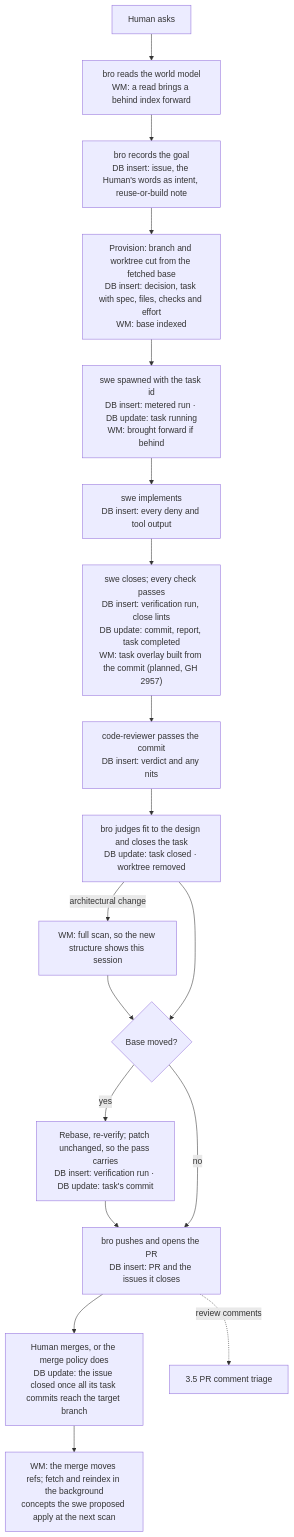
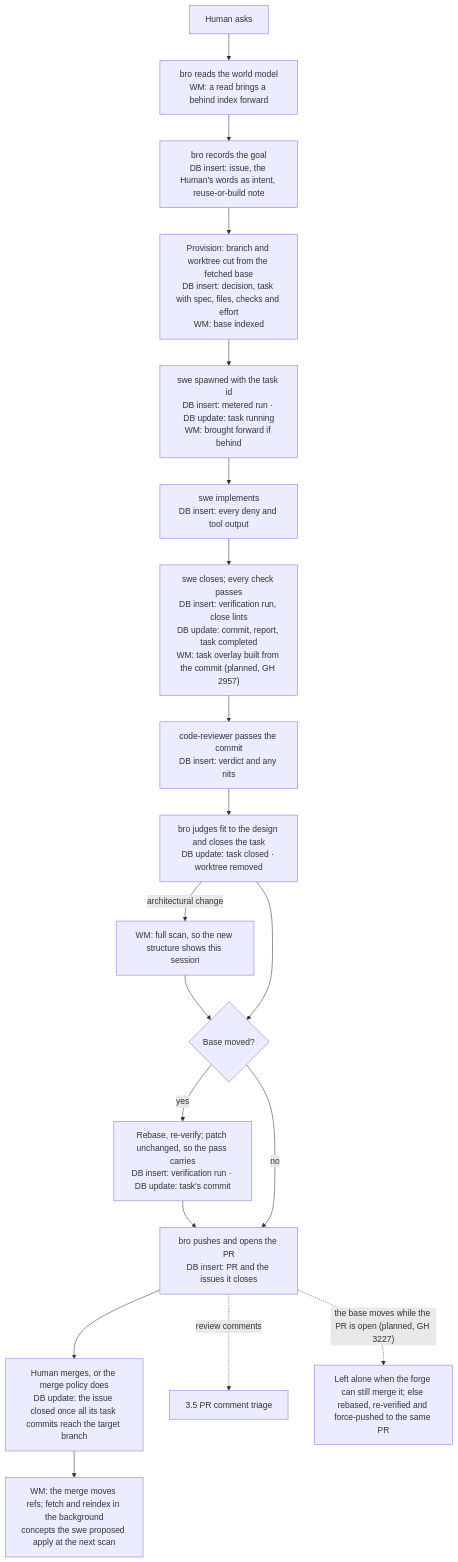
Before and after one commit to trustmybot/plugin: the first of 5 diagrams in docs/architecture/TASKS.md, drawn with Mermaid. The commit also changed other lines of this file and 2 other files, not shown here.

Commit message:
📝 docs(git): plan a base that moves after the PR opens (GH 3227)

````diff
--- a/docs/architecture/TASKS.md
+++ b/docs/architecture/TASKS.md
@@ -15,20 +15,21 @@
 ```mermaid
 flowchart TD
     A[Human asks] --> B["bro reads the world model<br/>WM: a read brings a behind index forward"]
     B --> C["bro records the goal<br/>DB insert: issue, the Human's words as intent, reuse-or-build note"]
     C --> D["Provision: branch and worktree cut from the fetched base<br/>DB insert: decision, task with spec, files, checks and effort<br/>WM: base indexed"]
     D --> E["swe spawned with the task id<br/>DB insert: metered run · DB update: task running<br/>WM: brought forward if behind"]
     E --> F["swe implements<br/>DB insert: every deny and tool output"]
     F --> G["swe closes; every check passes<br/>DB insert: verification run, close lints<br/>DB update: commit, report, task completed<br/>WM: task overlay built from the commit (planned, GH 2957)"]
     G --> H["code-reviewer passes the commit<br/>DB insert: verdict and any nits"]
     H --> I["bro judges fit to the design and closes the task<br/>DB update: task closed · worktree removed"]
     I -- architectural change --> I1["WM: full scan, so the new structure shows this session"]
     I1 --> J
     I --> J{Base moved?}
     J -- yes --> J1["Rebase, re-verify; patch unchanged, so the pass carries<br/>DB insert: verification run · DB update: task's commit"]
     J1 --> K
     J -- no --> K["bro pushes and opens the PR<br/>DB insert: PR and the issues it closes"]
     K --> L["Human merges, or the merge policy does<br/>DB update: the issue closed once all its task commits reach the target branch"]
     L --> M["WM: the merge moves refs; fetch and reindex in the background<br/>concepts the swe proposed apply at the next scan"]
     K -. review comments .-> T[3.5 PR comment triage]
+    K -. "the base moves while the PR is open (planned, GH 3227)" .-> N["Left alone when the forge can still merge it; else rebased, re-verified and force-pushed to the same PR"]
 ```
````
